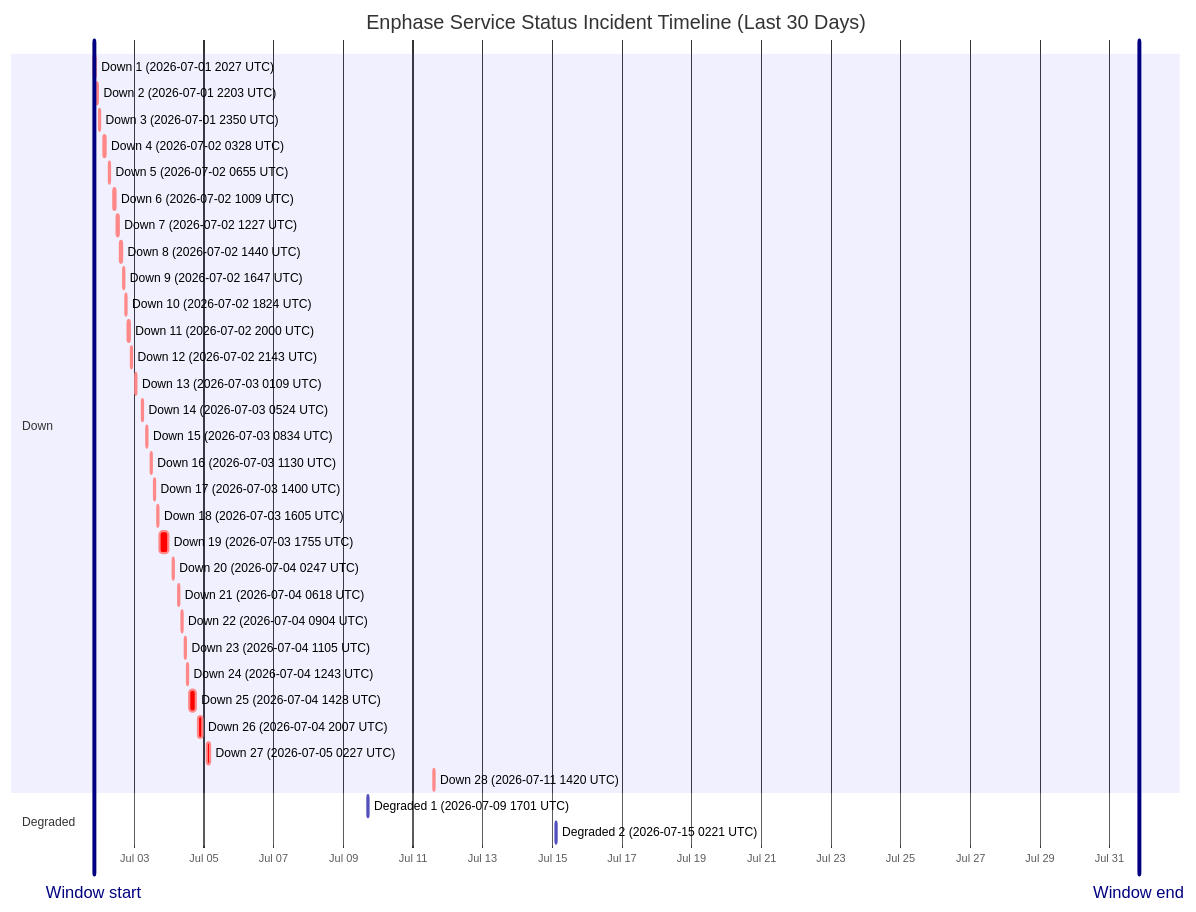
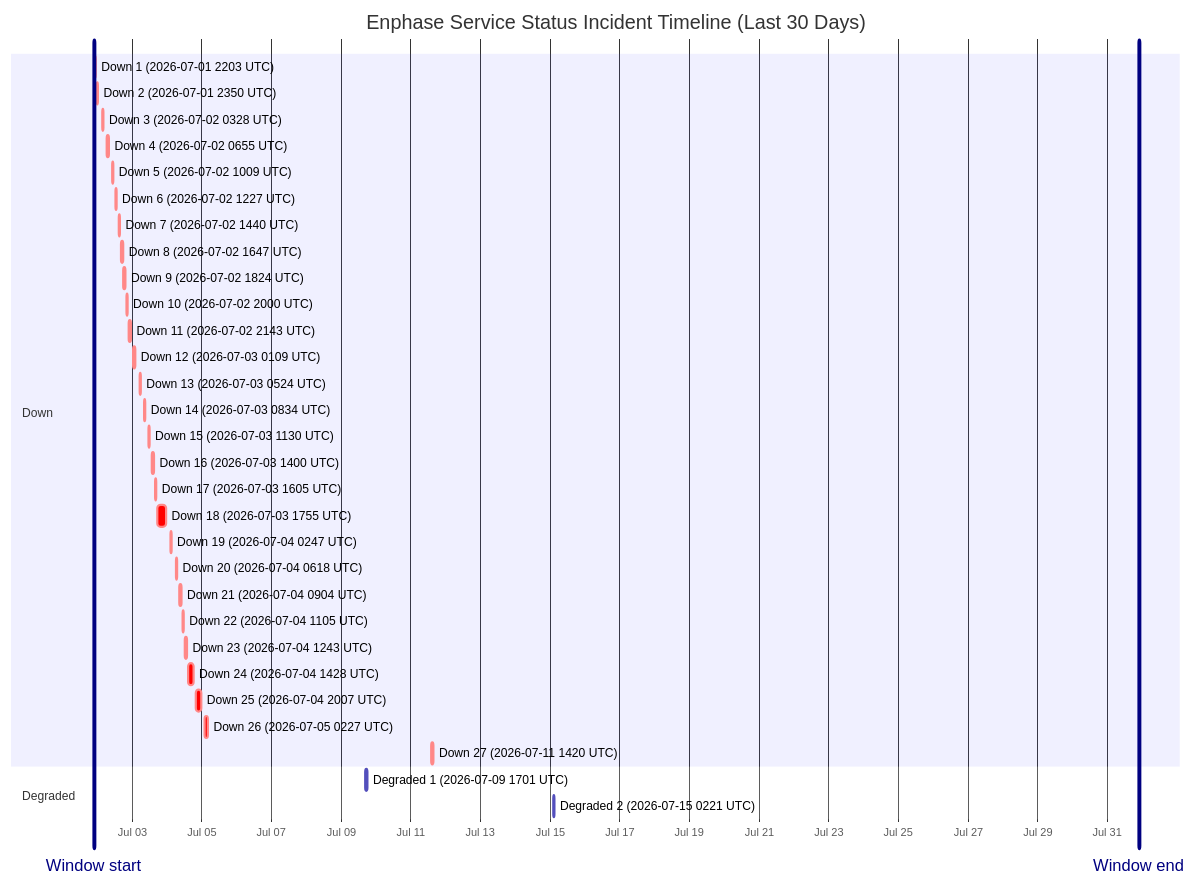
One commit to barneyonline/ha-enphase-energy changed the diagram in wiki/Service-Status-History.md. Above: the diagram before and after it, drawn with Mermaid. The commit also changed other lines of this file and 3 other files, not shown here.

````diff
--- a/wiki/Service-Status-History.md
+++ b/wiki/Service-Status-History.md
@@ -14,40 +14,39 @@
 ```mermaid
 gantt
     title Enphase Service Status Incident Timeline (Last 30 Days)
     dateFormat  YYYY-MM-DDTHH:mm:ss
     axisFormat  %b %d
-    Window start :vert, window-start, 2026-07-01T20:18:55, 0ms
-    Window end :vert, window-end, 2026-07-31T20:18:55, 0ms
+    Window start :vert, window-start, 2026-07-01T21:36:55, 0ms
+    Window end :vert, window-end, 2026-07-31T21:36:55, 0ms
     section Down
-    Down 1 (2026-07-01 2027 UTC) :crit, down-1, 2026-07-01T20:27:17, 60m
-    Down 2 (2026-07-01 2203 UTC) :crit, down-2, 2026-07-01T22:03:46, 60m
-    Down 3 (2026-07-01 2350 UTC) :crit, down-3, 2026-07-01T23:50:52, 60m
-    Down 4 (2026-07-02 0328 UTC) :crit, down-4, 2026-07-02T03:28:33, 60m
-    Down 5 (2026-07-02 0655 UTC) :crit, down-5, 2026-07-02T06:55:07, 60m
-    Down 6 (2026-07-02 1009 UTC) :crit, down-6, 2026-07-02T10:09:15, 60m
-    Down 7 (2026-07-02 1227 UTC) :crit, down-7, 2026-07-02T12:27:49, 60m
-    Down 8 (2026-07-02 1440 UTC) :crit, down-8, 2026-07-02T14:40:53, 60m
-    Down 9 (2026-07-02 1647 UTC) :crit, down-9, 2026-07-02T16:47:47, 60m
-    Down 10 (2026-07-02 1824 UTC) :crit, down-10, 2026-07-02T18:24:26, 60m
-    Down 11 (2026-07-02 2000 UTC) :crit, down-11, 2026-07-02T20:00:57, 60m
-    Down 12 (2026-07-02 2143 UTC) :crit, down-12, 2026-07-02T21:43:52, 80m
-    Down 13 (2026-07-03 0109 UTC) :crit, down-13, 2026-07-03T01:09:19, 60m
-    Down 14 (2026-07-03 0524 UTC) :crit, down-14, 2026-07-03T05:24:23, 60m
-    Down 15 (2026-07-03 0834 UTC) :crit, down-15, 2026-07-03T08:34:05, 60m
-    Down 16 (2026-07-03 1130 UTC) :crit, down-16, 2026-07-03T11:30:41, 60m
-    Down 17 (2026-07-03 1400 UTC) :crit, down-17, 2026-07-03T14:00:48, 60m
-    Down 18 (2026-07-03 1605 UTC) :crit, down-18, 2026-07-03T16:05:49, 60m
-    Down 19 (2026-07-03 1755 UTC) :crit, down-19, 2026-07-03T17:55:54, 338m
-    Down 20 (2026-07-04 0247 UTC) :crit, down-20, 2026-07-04T02:47:22, 60m
-    Down 21 (2026-07-04 0618 UTC) :crit, down-21, 2026-07-04T06:18:09, 60m
-    Down 22 (2026-07-04 0904 UTC) :crit, down-22, 2026-07-04T09:04:41, 60m
-    Down 23 (2026-07-04 1105 UTC) :crit, down-23, 2026-07-04T11:05:21, 60m
-    Down 24 (2026-07-04 1243 UTC) :crit, down-24, 2026-07-04T12:43:25, 60m
-    Down 25 (2026-07-04 1428 UTC) :crit, down-25, 2026-07-04T14:28:07, 243m
-    Down 26 (2026-07-04 2007 UTC) :crit, down-26, 2026-07-04T20:07:50, 206m
-    Down 27 (2026-07-05 0227 UTC) :crit, down-27, 2026-07-05T02:27:32, 109m
-    Down 28 (2026-07-11 1420 UTC) :crit, down-28, 2026-07-11T14:20:54, 69m
+    Down 1 (2026-07-01 2203 UTC) :crit, down-1, 2026-07-01T22:03:46, 60m
+    Down 2 (2026-07-01 2350 UTC) :crit, down-2, 2026-07-01T23:50:52, 60m
+    Down 3 (2026-07-02 0328 UTC) :crit, down-3, 2026-07-02T03:28:33, 60m
+    Down 4 (2026-07-02 0655 UTC) :crit, down-4, 2026-07-02T06:55:07, 60m
+    Down 5 (2026-07-02 1009 UTC) :crit, down-5, 2026-07-02T10:09:15, 60m
+    Down 6 (2026-07-02 1227 UTC) :crit, down-6, 2026-07-02T12:27:49, 60m
+    Down 7 (2026-07-02 1440 UTC) :crit, down-7, 2026-07-02T14:40:53, 60m
+    Down 8 (2026-07-02 1647 UTC) :crit, down-8, 2026-07-02T16:47:47, 60m
+    Down 9 (2026-07-02 1824 UTC) :crit, down-9, 2026-07-02T18:24:26, 60m
+    Down 10 (2026-07-02 2000 UTC) :crit, down-10, 2026-07-02T20:00:57, 60m
+    Down 11 (2026-07-02 2143 UTC) :crit, down-11, 2026-07-02T21:43:52, 80m
+    Down 12 (2026-07-03 0109 UTC) :crit, down-12, 2026-07-03T01:09:19, 60m
+    Down 13 (2026-07-03 0524 UTC) :crit, down-13, 2026-07-03T05:24:23, 60m
+    Down 14 (2026-07-03 0834 UTC) :crit, down-14, 2026-07-03T08:34:05, 60m
+    Down 15 (2026-07-03 1130 UTC) :crit, down-15, 2026-07-03T11:30:41, 60m
+    Down 16 (2026-07-03 1400 UTC) :crit, down-16, 2026-07-03T14:00:48, 60m
+    Down 17 (2026-07-03 1605 UTC) :crit, down-17, 2026-07-03T16:05:49, 60m
+    Down 18 (2026-07-03 1755 UTC) :crit, down-18, 2026-07-03T17:55:54, 338m
+    Down 19 (2026-07-04 0247 UTC) :crit, down-19, 2026-07-04T02:47:22, 60m
+    Down 20 (2026-07-04 0618 UTC) :crit, down-20, 2026-07-04T06:18:09, 60m
+    Down 21 (2026-07-04 0904 UTC) :crit, down-21, 2026-07-04T09:04:41, 60m
+    Down 22 (2026-07-04 1105 UTC) :crit, down-22, 2026-07-04T11:05:21, 60m
+    Down 23 (2026-07-04 1243 UTC) :crit, down-23, 2026-07-04T12:43:25, 60m
+    Down 24 (2026-07-04 1428 UTC) :crit, down-24, 2026-07-04T14:28:07, 243m
+    Down 25 (2026-07-04 2007 UTC) :crit, down-25, 2026-07-04T20:07:50, 206m
+    Down 26 (2026-07-05 0227 UTC) :crit, down-26, 2026-07-05T02:27:32, 109m
+    Down 27 (2026-07-11 1420 UTC) :crit, down-27, 2026-07-11T14:20:54, 69m
     section Degraded
     Degraded 1 (2026-07-09 1701 UTC) :active, degraded-1, 2026-07-09T17:01:02, 60m
     Degraded 2 (2026-07-15 0221 UTC) :active, degraded-2, 2026-07-15T02:21:35, 60m
 ```
````
